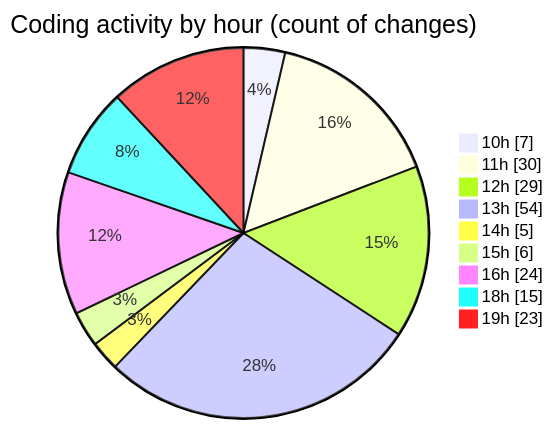
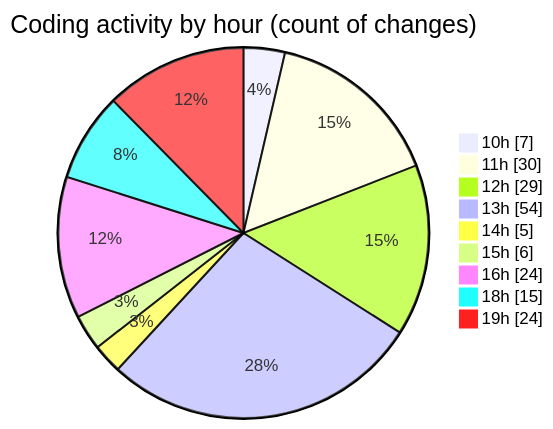
The second of 2 diagrams in 2025-06-26/cda/README.md (momahboobian/code-tracking), drawn with Mermaid before and after one commit. The commit also changed other lines of this file and 1 other file, not shown here.

````diff
--- a/2025-06-26/cda/README.md
+++ b/2025-06-26/cda/README.md
@@ -44,13 +44,13 @@
 ```mermaid
 pie showData
 title Coding activity by hour (count of changes)
 "10h" : 7
 "11h" : 30
 "12h" : 29
 "13h" : 54
 "14h" : 5
 "15h" : 6
 "16h" : 24
 "18h" : 15
-"19h" : 23
+"19h" : 24
 ```
````
